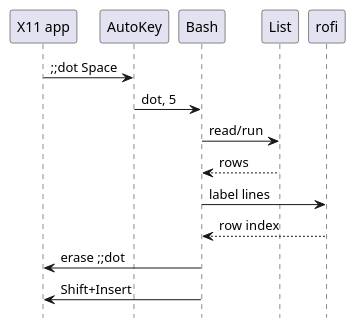
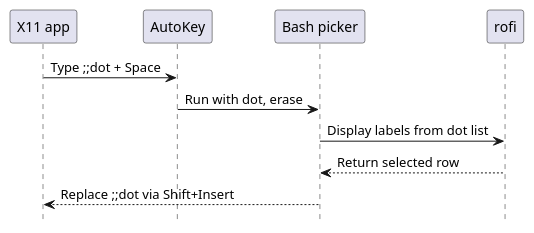
The diagram in semicolon-shortcuts/diagrams/use-shortcut.puml (Piotr1215/youtube), drawn with PlantUML before and after one commit. The commit also changed 1 other file, not shown here.

Commit message:
fix(semicolon-shortcuts): fit sequence diagrams at recording zoom
The video font size cut off the lower arrows. Keep one arrow per meaningful handoff and show the setup without the actor drawing and separate note boxes.

```diff
--- a/semicolon-shortcuts/diagrams/use-shortcut.puml
+++ b/semicolon-shortcuts/diagrams/use-shortcut.puml
@@ -1,17 +1,13 @@
 @startuml
 hide footbox
 participant "X11 app" as App
 participant AutoKey
-participant Bash as Picker
-participant List
+participant "Bash picker" as Picker
 participant rofi
 
-App -> AutoKey: ;;dot Space
-AutoKey -> Picker: dot, 5
-Picker -> List: read/run
-List --> Picker: rows
-Picker -> rofi: label lines
-rofi --> Picker: row index
-Picker -> App: erase ;;dot
-Picker -> App: Shift+Insert
+App -> AutoKey: Type ;;dot + Space
+AutoKey -> Picker: Run with dot, erase
+Picker -> rofi: Display labels from dot list
+rofi --> Picker: Return selected row
+Picker --> App: Replace ;;dot via Shift+Insert
 @enduml
```
